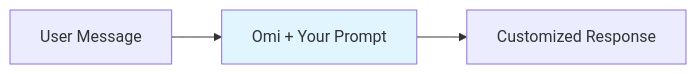
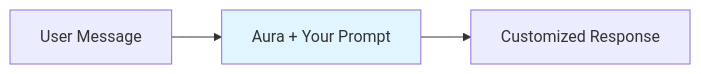
Before and after one commit to thesohamdatta/Aura-Wearable-AI: the first of 2 diagrams in docs/doc/developer/apps/PromptBased.mdx, drawn with Mermaid. The commit also changed other lines of this file and 161 other files, not shown here.

Commit message:
chore: sanitize Omi branding to Aura across repository

````diff
--- a/docs/doc/developer/apps/PromptBased.mdx
+++ b/docs/doc/developer/apps/PromptBased.mdx
@@ -25,7 +25,7 @@
 ```mermaid
 flowchart LR
-    U[User Message] --> O[Omi + Your Prompt]
+    U[User Message] --> O[Aura + Your Prompt]
     O --> R[Customized Response]
 
     style O fill:#e1f5fe
 ```
````
